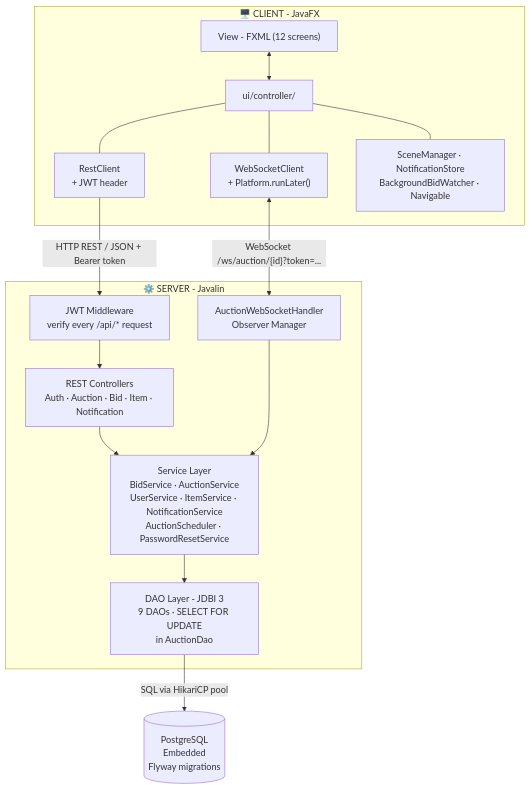
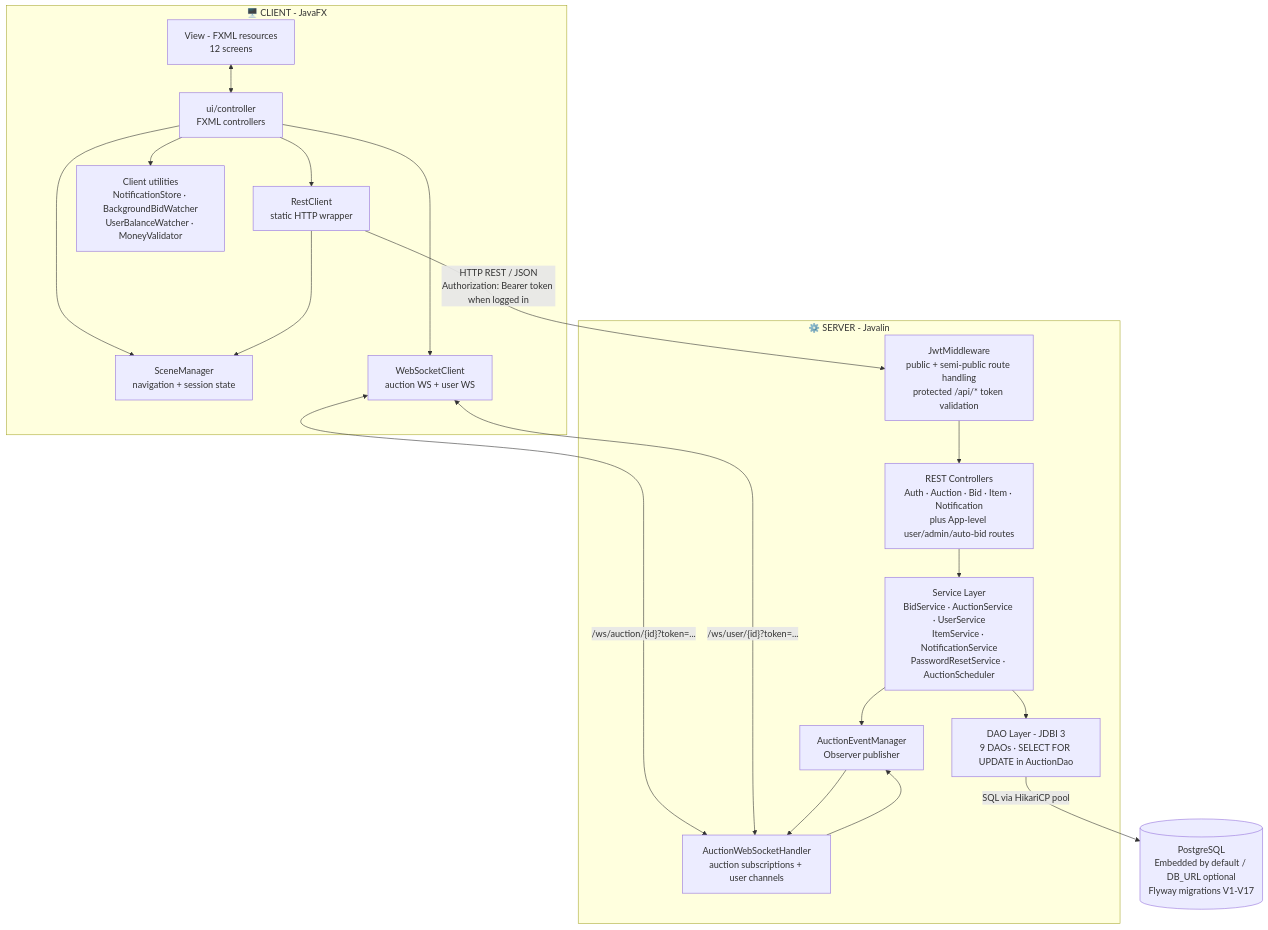
One commit to kieran-labs/oop-course-project-uet changed the fifth of 5 diagrams in README.md. Above: the diagram before and after it, drawn with Mermaid. The commit also changed other lines of this file, not shown here.

Commit message:
docs: align README diagrams and architecture with source

````diff
--- a/README.md
+++ b/README.md
@@ -481,28 +524,38 @@
 ```mermaid
 graph TB
     subgraph CLIENT["🖥️  CLIENT - JavaFX"]
-        FXML["View - FXML (12 screens)"]
-        CTRL["ui/controller/"]
-        RC["RestClient<br/>+ JWT header"]
-        WSC["WebSocketClient<br/>+ Platform.runLater()"]
-        UTIL["SceneManager · NotificationStore<br/>BackgroundBidWatcher · Navigable"]
+        FXML["View - FXML resources<br/>12 screens"]
+        CTRL["ui/controller<br/>FXML controllers"]
+        SM["SceneManager<br/>navigation + session state"]
+        RC["RestClient<br/>static HTTP wrapper"]
+        WSC["WebSocketClient<br/>auction WS + user WS"]
+        CUTIL["Client utilities<br/>NotificationStore · BackgroundBidWatcher<br/>UserBalanceWatcher · MoneyValidator"]
         FXML <--> CTRL
-        CTRL --- RC
-        CTRL --- WSC
-        CTRL --- UTIL
+        CTRL --> SM
+        CTRL --> RC
+        CTRL --> WSC
+        CTRL --> CUTIL
+        RC --> SM
     end
-    RC -->|"HTTP REST / JSON + Bearer token"| JWT
-    WSC <-->|"WebSocket /ws/auction/{id}?token=..."| WSH
+
+    RC -->|"HTTP REST / JSON<br/>Authorization: Bearer token when logged in"| JWT
+    WSC <-->|"/ws/auction/{id}?token=..."| WSH
+    WSC <-->|"/ws/user/{id}?token=..."| WSH
+
     subgraph SERVER["⚙️  SERVER - Javalin"]
-        JWT["JWT Middleware<br/>verify every /api/* request"]
-        REST["REST Controllers<br/>Auth · Auction · Bid · Item · Notification"]
-        WSH["AuctionWebSocketHandler<br/>Observer Manager"]
-        SVC["Service Layer<br/>BidService · AuctionService<br/>UserService · ItemService · NotificationService<br/>AuctionScheduler · PasswordResetService"]
-        DAO["DAO Layer - JDBI 3<br/>9 DAOs · SELECT FOR UPDATE<br/>in AuctionDao"]
+        JWT["JwtMiddleware<br/>public + semi-public route handling<br/>protected /api/* token validation"]
+        REST["REST Controllers<br/>Auth · Auction · Bid · Item · Notification<br/>plus App-level user/admin/auto-bid routes"]
+        WSH["AuctionWebSocketHandler<br/>auction subscriptions + user channels"]
+        EVT["AuctionEventManager<br/>Observer publisher"]
+        SVC["Service Layer<br/>BidService · AuctionService · UserService<br/>ItemService · NotificationService<br/>PasswordResetService · AuctionScheduler"]
+        DAO["DAO Layer - JDBI 3<br/>9 DAOs · SELECT FOR UPDATE in AuctionDao"]
         JWT --> REST
         REST --> SVC
-        WSH --> SVC
+        WSH --> EVT
+        EVT --> WSH
+        SVC --> EVT
         SVC --> DAO
     end
-    DAO -->|"SQL via HikariCP pool"| DB[("PostgreSQL<br/>Embedded<br/>Flyway migrations")]
+
+    DAO -->|"SQL via HikariCP pool"| DB[("PostgreSQL<br/>Embedded by default / DB_URL optional<br/>Flyway migrations V1-V17")]
 ```
````
